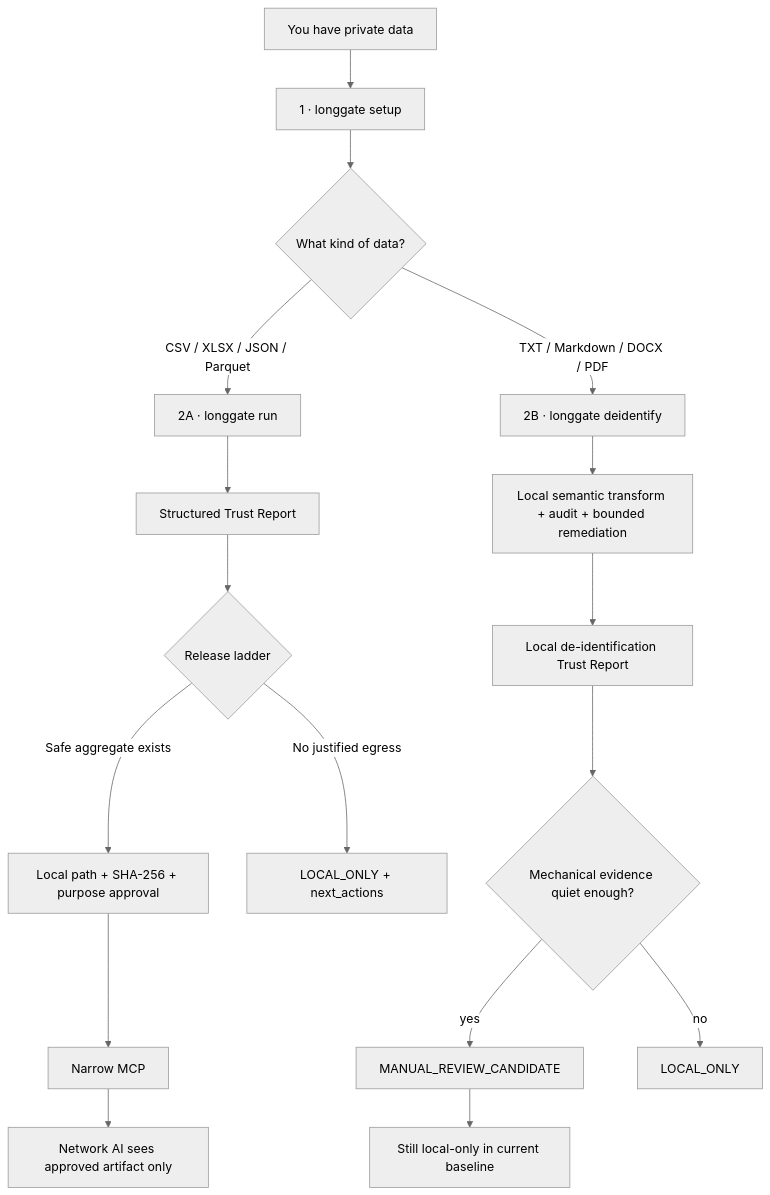
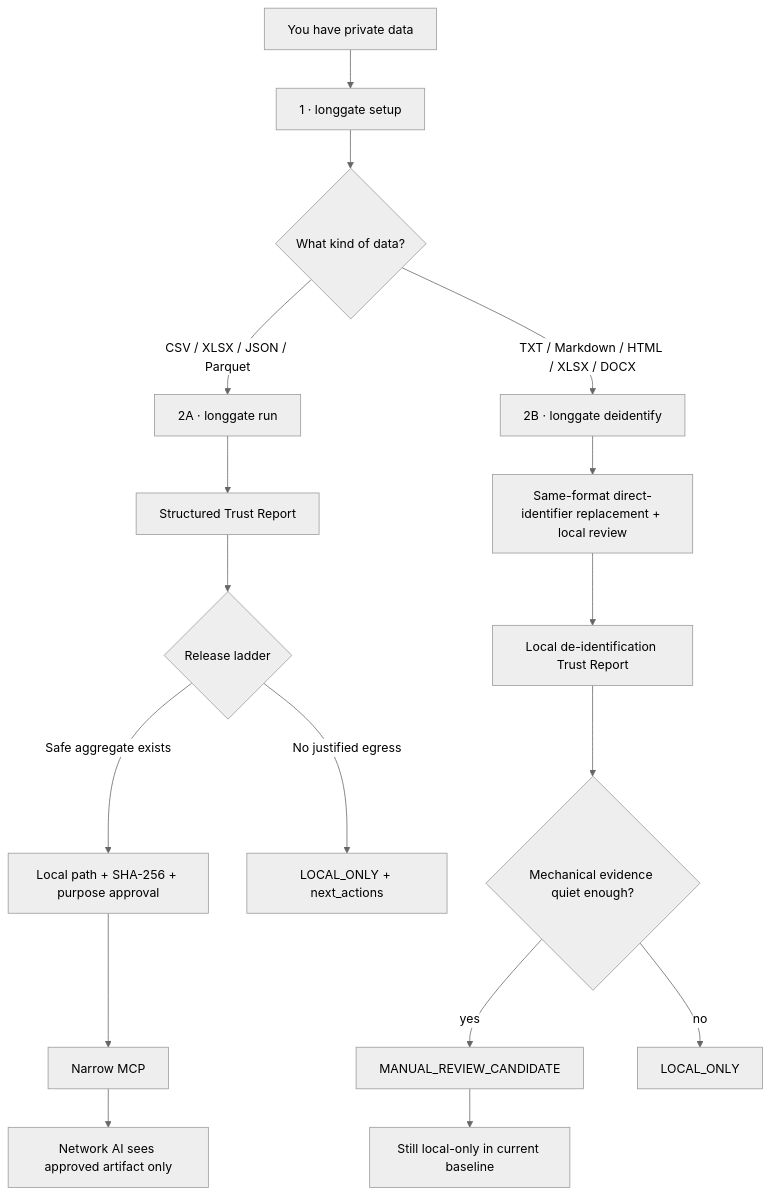
The first of 2 diagrams in README.md (CochraneK/long-gate), drawn with Mermaid (neutral theme) before and after one commit. The commit also changed other lines of this file and 15 other files, not shown here.

````diff
--- a/README.md
+++ b/README.md
@@ -101,21 +101,21 @@
 ```mermaid
 flowchart TD
     START["You have private data"] --> SETUP["1 · longgate setup"]
     SETUP --> KIND{"What kind of data?"}
 
     KIND -->|"CSV / XLSX / JSON / Parquet"| TABLE["2A · longgate run"]
     TABLE --> TREPORT["Structured Trust Report"]
     TREPORT --> LADDER{"Release ladder"}
     LADDER -->|"Safe aggregate exists"| APPROVE["Local path + SHA-256 + purpose approval"]
     APPROVE --> MCP["Narrow MCP"]
     MCP --> CLOUD["Network AI sees approved artifact only"]
     LADDER -->|"No justified egress"| LOCAL1["LOCAL_ONLY + next_actions"]
 
-    KIND -->|"TXT / Markdown / DOCX / PDF"| SEM["2B · longgate deidentify"]
-    SEM --> LOOP["Local semantic transform + audit + bounded remediation"]
+    KIND -->|"TXT / Markdown / HTML / XLSX / DOCX"| SEM["2B · longgate deidentify"]
+    SEM --> LOOP["Same-format direct-identifier replacement + local review"]
     LOOP --> SREPORT["Local de-identification Trust Report"]
     SREPORT --> REVIEW{"Mechanical evidence quiet enough?"}
     REVIEW -->|"yes"| HUMAN["MANUAL_REVIEW_CANDIDATE"]
     REVIEW -->|"no"| LOCAL2["LOCAL_ONLY"]
     HUMAN --> HOLD["Still local-only in current baseline"]
 ```
````
